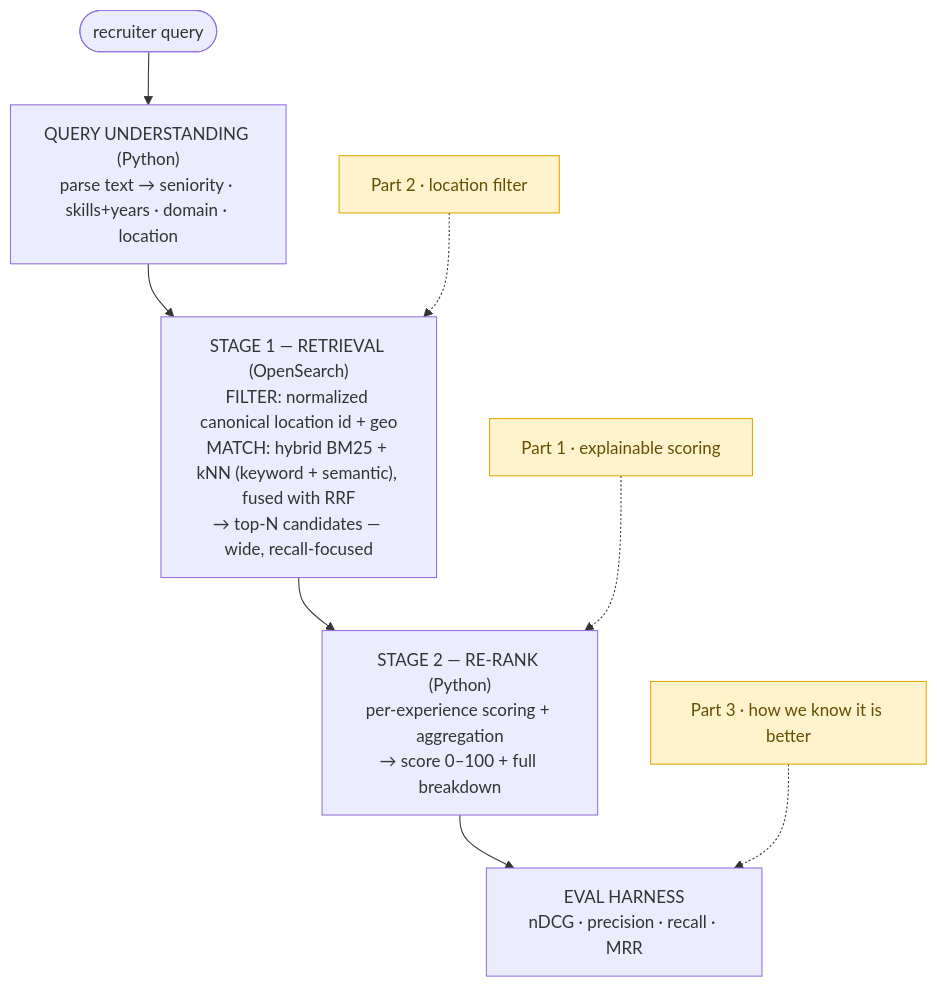
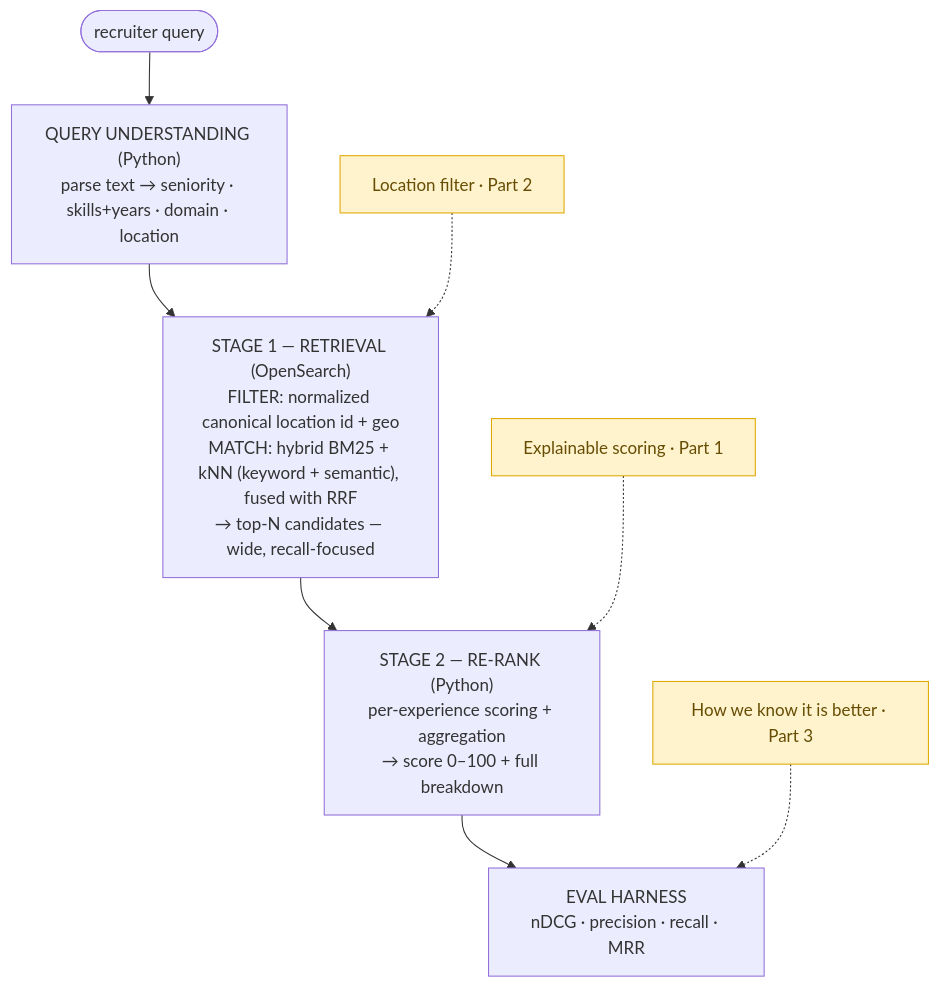
One commit to samoilovartem/zeil_tech_task changed the diagram in README.md. Above: the diagram before and after it, drawn with Mermaid.

Commit message:
docs: update README diagram labels for consistency

````diff
--- a/README.md
+++ b/README.md
@@ -18,19 +18,19 @@
 ```mermaid
 flowchart TD
     Q([recruiter query])
     QU["QUERY UNDERSTANDING (Python)<br/>parse text → seniority · skills+years · domain · location"]
     S1["STAGE 1 — RETRIEVAL (OpenSearch)<br/>FILTER: normalized canonical location id + geo<br/>MATCH: hybrid BM25 + kNN (keyword + semantic), fused with RRF<br/>→ top-N candidates — wide, recall-focused"]
     S2["STAGE 2 — RE-RANK (Python)<br/>per-experience scoring + aggregation<br/>→ score 0–100 + full breakdown"]
     EV["EVAL HARNESS<br/>nDCG · precision · recall · MRR"]
 
     Q --> QU --> S1 --> S2 --> EV
 
-    P2["Part 2 · location filter"]:::part
-    P1["Part 1 · explainable scoring"]:::part
-    P3["Part 3 · how we know it is better"]:::part
+    P2["Location filter · Part 2"]:::part
+    P1["Explainable scoring · Part 1"]:::part
+    P3["How we know it is better · Part 3"]:::part
     P2 -.-> S1
     P1 -.-> S2
     P3 -.-> EV
 
     classDef part fill:#fff3cd,stroke:#e0a800,color:#664d03;
 ```
````
